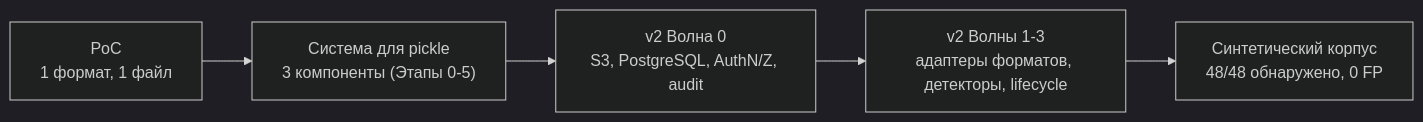
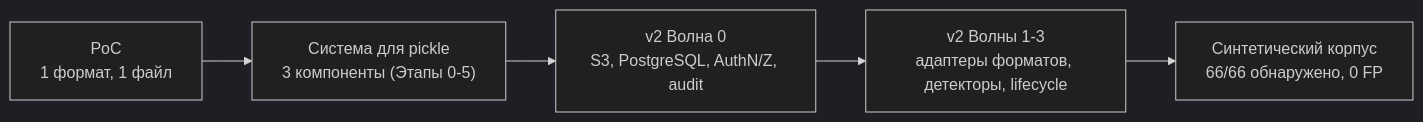
Before and after one commit to pol4/MLScan: the diagram in README.md, drawn with Mermaid (dark theme). The commit also changed other lines of this file and 42 other files, not shown here.

````diff
--- a/README.md
+++ b/README.md
@@ -32,7 +32,7 @@
 ```mermaid
 flowchart LR
   P["PoC<br/>1 формат, 1 файл"] --> S["Система для pickle<br/>3 компоненты (Этапы 0-5)"]
   S --> V0["v2 Волна 0<br/>S3, PostgreSQL, AuthN/Z, audit"]
   V0 --> V1["v2 Волны 1-3<br/>адаптеры форматов, детекторы, lifecycle"]
-  V1 --> T["Синтетический корпус<br/>48/48 обнаружено, 0 FP"]
+  V1 --> T["Синтетический корпус<br/>66/66 обнаружено, 0 FP"]
 ```
````
